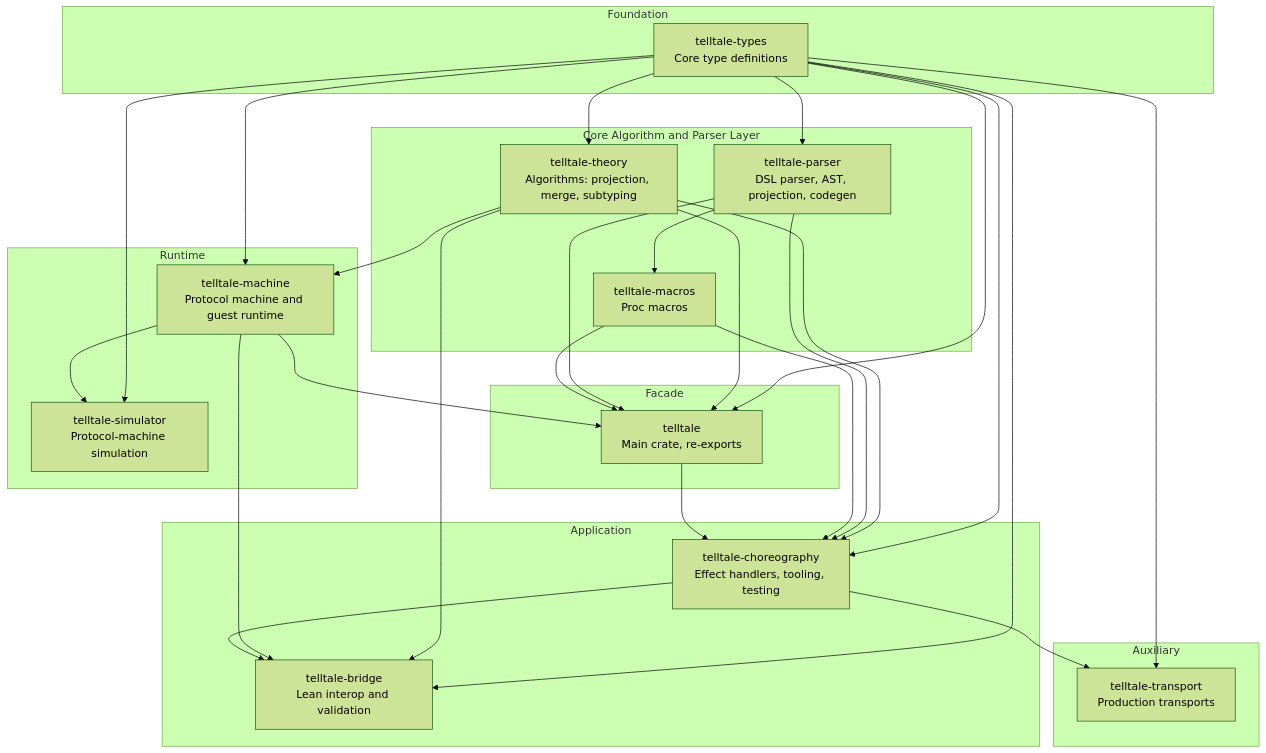
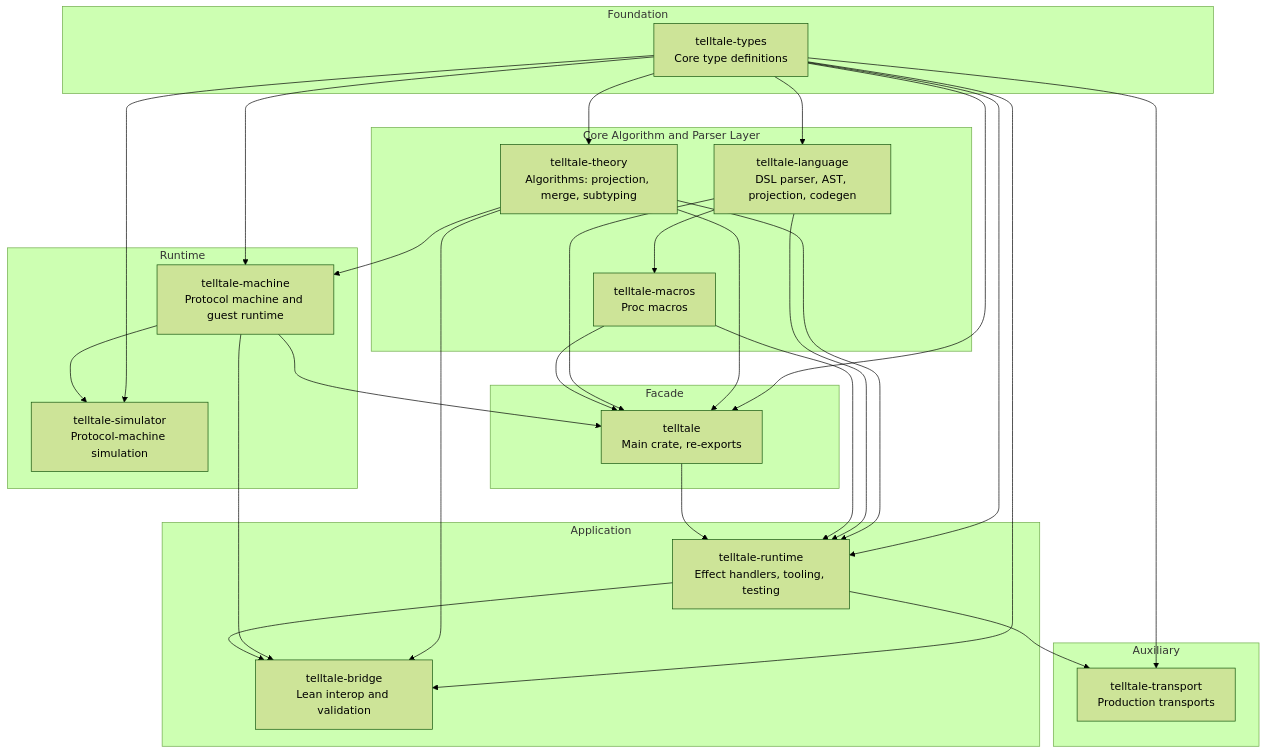
One commit to hxrts/telltale changed the diagram in docs/04_code_organization.md. Above: the diagram before and after it, drawn with Mermaid (forest theme). The commit also changed other lines of this file and 313 other files, not shown here.

Commit message:
rename: telltale-parser to telltale-language, telltale-choreography to telltale-runtime

````diff
--- a/docs/04_code_organization.md
+++ b/docs/04_code_organization.md
@@ -33,60 +33,60 @@
 ```mermaid
 graph TB
     subgraph Foundation
         types["telltale-types<br/>Core type definitions"]
     end
 
     subgraph Core["Core Algorithm and Parser Layer"]
         theory["telltale-theory<br/>Algorithms: projection, merge, subtyping"]
-        parser["telltale-parser<br/>DSL parser, AST, projection, codegen"]
+        parser["telltale-language<br/>DSL parser, AST, projection, codegen"]
         macros["telltale-macros<br/>Proc macros"]
     end
 
     subgraph Runtime
         machine["telltale-machine<br/>Protocol machine and guest runtime"]
         simulator["telltale-simulator<br/>Protocol-machine simulation"]
     end
 
     subgraph Application
-        choreo["telltale-choreography<br/>Effect handlers, tooling, testing"]
+        choreo["telltale-runtime<br/>Effect handlers, tooling, testing"]
         lean["telltale-bridge<br/>Lean interop and validation"]
     end
 
     subgraph Facade
         main["telltale<br/>Main crate, re-exports"]
     end
 
     subgraph Auxiliary
         transport["telltale-transport<br/>Production transports"]
     end
 
     types --> theory
     types --> parser
     types --> machine
     types --> simulator
     types --> choreo
     types --> lean
     types --> main
     types --> transport
 
     theory --> machine
     theory --> choreo
     theory --> lean
     theory --> main
 
     parser --> macros
     parser --> choreo
     parser --> main
 
     machine --> simulator
     machine --> lean
     machine --> main
 
     macros --> choreo
     macros --> main
 
     main --> choreo
 
     choreo --> lean
     choreo --> transport
 ```
````
